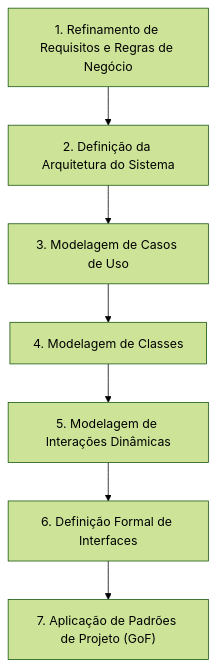
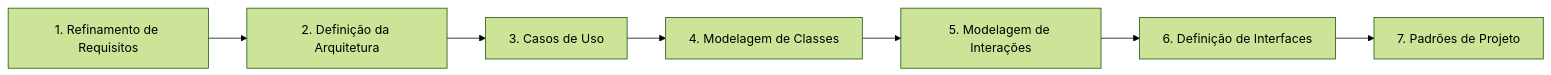
One commit to murilolol/unifef changed the fourth of 24 diagrams in 4º Semestre/[Prof. Wesley Soares] Engenharia de Software II/Resumos-IA/Simulados-Comentados.md. Above: the diagram before and after it, drawn with Mermaid (forest theme). The commit also changed other lines of this file and 58 other files, not shown here.

````diff
--- a/4º Semestre/[Prof. Wesley Soares] Engenharia de Software II/Resumos-IA/Simulados-Comentados.md
+++ b/4º Semestre/[Prof. Wesley Soares] Engenharia de Software II/Resumos-IA/Simulados-Comentados.md
@@ -231,9 +162,9 @@
 ```mermaid
-flowchart TD
-    E1["1. Refinamento de Requisitos e Regras de Negócio"] --> E2["2. Definição da Arquitetura do Sistema"]
-    E2 --> E3["3. Modelagem de Casos de Uso"]
+flowchart LR
+    E1["1. Refinamento de Requisitos"] --> E2["2. Definição da Arquitetura"]
+    E2 --> E3["3. Casos de Uso"]
     E3 --> E4["4. Modelagem de Classes"]
-    E4 --> E5["5. Modelagem de Interações Dinâmicas"]
-    E5 --> E6["6. Definição Formal de Interfaces"]
-    E6 --> E7["7. Aplicação de Padrões de Projeto (GoF)"]
+    E4 --> E5["5. Modelagem de Interações"]
+    E5 --> E6["6. Definição de Interfaces"]
+    E6 --> E7["7. Padrões de Projeto"]
 ```
````
